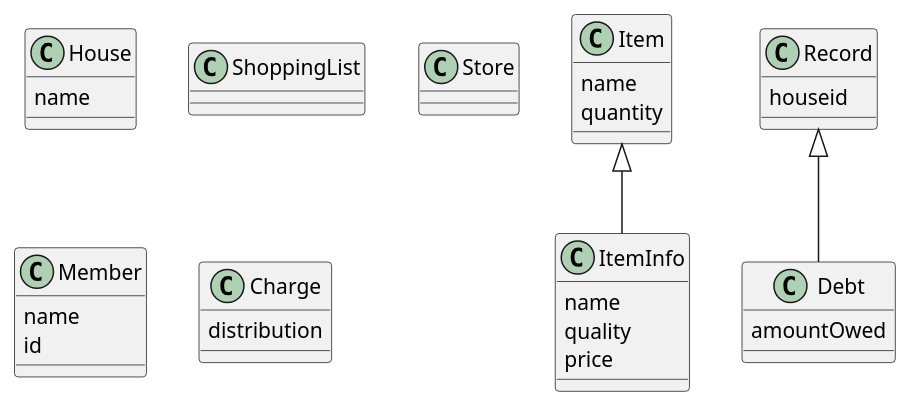
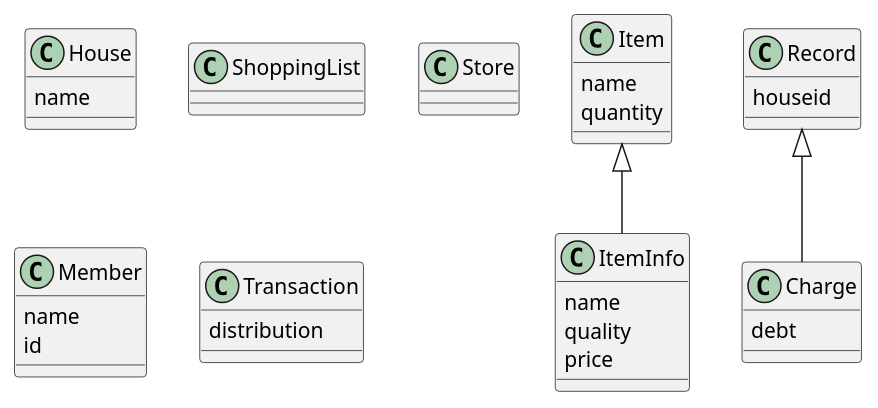
The fourth of 4 diagrams in doc/design.md (willemnielsen/House-App), drawn with PlantUML before and after one commit. The commit also changed other lines of this file and 1 other file, not shown here.

Commit message:
Implemented Debt class

````diff
--- a/doc/design.md
+++ b/doc/design.md
@@ -118,38 +115,38 @@
 ```plantuml
 @startuml
 
 class House {
     name
     }
 
 class ShoppingList
 class Item {
     name
     quantity 
     }
 class ItemInfo {
     name
     quality
     price
     }
 class Store
 class Member {
     name
     id
     }
 
-class Charge {
+class Transaction {
     distribution
     }
 class Record { 
     houseid
 }
 
-class Debt{
-    amountOwed
+class Charge{
+    debt
 }
 Item <|-- ItemInfo 
 
-Record <|-- Debt
+Record <|-- Charge
 @enduml
 ```
````
